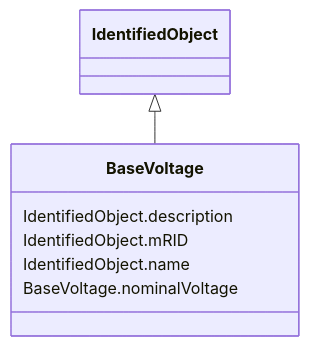
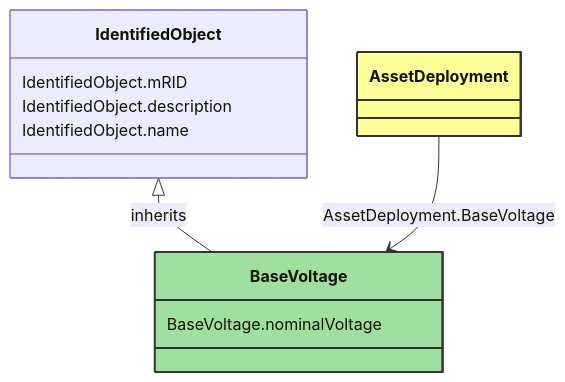
Before and after one commit to 3lbits/NoCIMExtensions: the diagram in docs/AviationObstacle/BaseVoltage.md, drawn with Mermaid. The commit also changed other lines of this file and 177 other files, not shown here.

````diff
--- a/docs/AviationObstacle/BaseVoltage.md
+++ b/docs/AviationObstacle/BaseVoltage.md
@@ -16,17 +8,27 @@
 ```mermaid
- classDiagram
+classDiagram
     class BaseVoltage
-    click BaseVoltage href "../BaseVoltage"
-      IdentifiedObject <|-- BaseVoltage
-        click IdentifiedObject href "../IdentifiedObject"
-      
-      BaseVoltage : IdentifiedObject.description
-        
-      BaseVoltage : IdentifiedObject.mRID
-        
-      BaseVoltage : IdentifiedObject.name
-        
-      BaseVoltage : BaseVoltage.nominalVoltage
-        
-      
+    click BaseVoltage href "/AviationObstacle/BaseVoltage/"
+    style BaseVoltage fill:#9fdf9f,stroke:#333,stroke-width:2px,rx:10,ry:10
+
+        IdentifiedObject <|-- BaseVoltage : inherits
+            click IdentifiedObject href "/AviationObstacle/IdentifiedObject/"
+            style IdentifiedObject rx:10,ry:10
+
+        BaseVoltage
+            click BaseVoltage href "/AviationObstacle/BaseVoltage/"
+            style BaseVoltage rx:10,ry:10
+
+
+        AssetDeployment --> BaseVoltage : AssetDeployment.BaseVoltage
+
+        AssetDeployment
+            click AssetDeployment href "/AviationObstacle/AssetDeployment/"
+            style AssetDeployment fill:#ffff99,stroke:#333,stroke-width:2px,rx:10,ry:10
+
+
+        BaseVoltage : BaseVoltage.nominalVoltage
+        IdentifiedObject : IdentifiedObject.mRID
+        IdentifiedObject : IdentifiedObject.description
+        IdentifiedObject : IdentifiedObject.name
 ```
````
